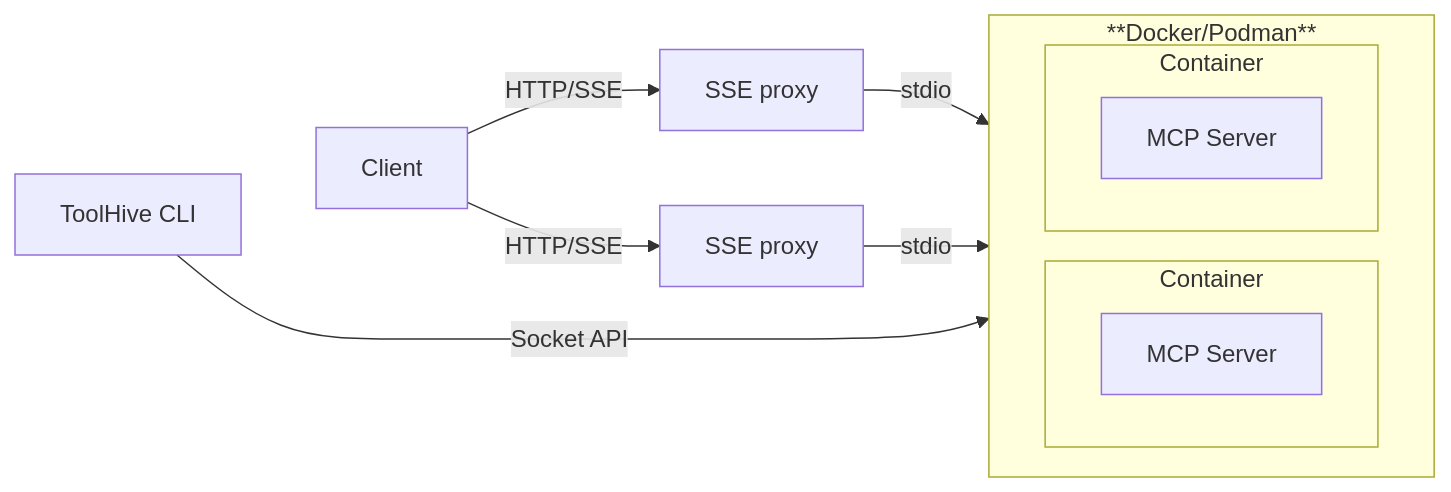
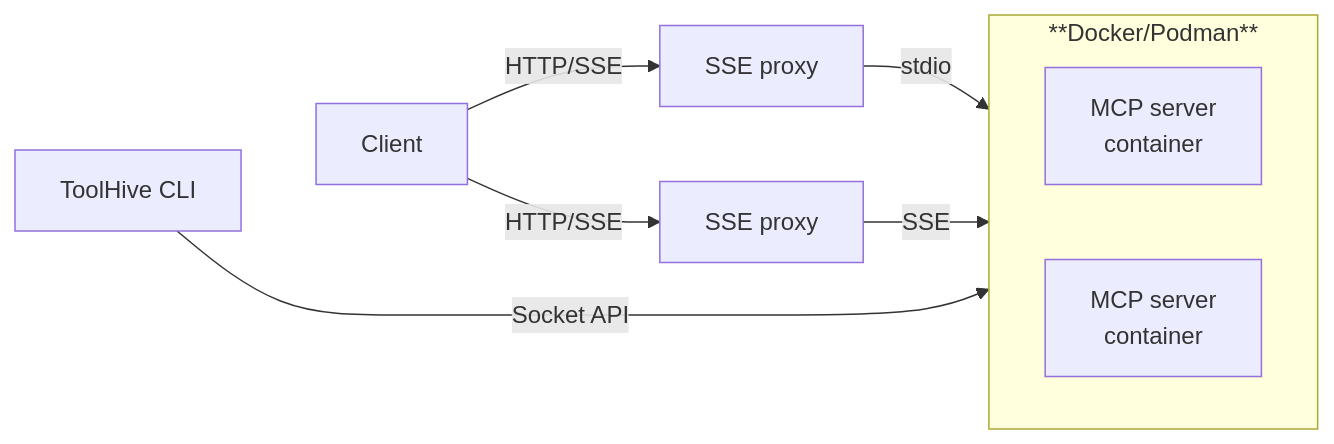
One commit to stacklok/docs-website changed the diagram in docs/toolhive/index.mdx. Above: the diagram before and after it, drawn with Mermaid. The commit also changed other lines of this file and 7 other files, not shown here.

````diff
--- a/docs/toolhive/index.mdx
+++ b/docs/toolhive/index.mdx
@@ -66,17 +66,13 @@
 ```mermaid
 flowchart LR
   subgraph container["**Docker/Podman**"]
     direction LR
-    subgraph container1["Container"]
-        mcp1["MCP Server"]
-    end
-    subgraph container2["Container"]
-        mcp2["MCP Server"]
-    end
+      mcp1["MCP server<br>container"]
+      mcp2["MCP server<br>container"]
   end
     proxy1["SSE proxy"] -- stdio --> mcp1
-    proxy2["SSE proxy"] -- stdio --> mcp2
+    proxy2["SSE proxy"] -- SSE --> mcp2
     T["ToolHive CLI"] -- Socket API --> container
     C["Client"] -- HTTP/SSE --> proxy1 & proxy2
     T ~~~ C
 ```
````
